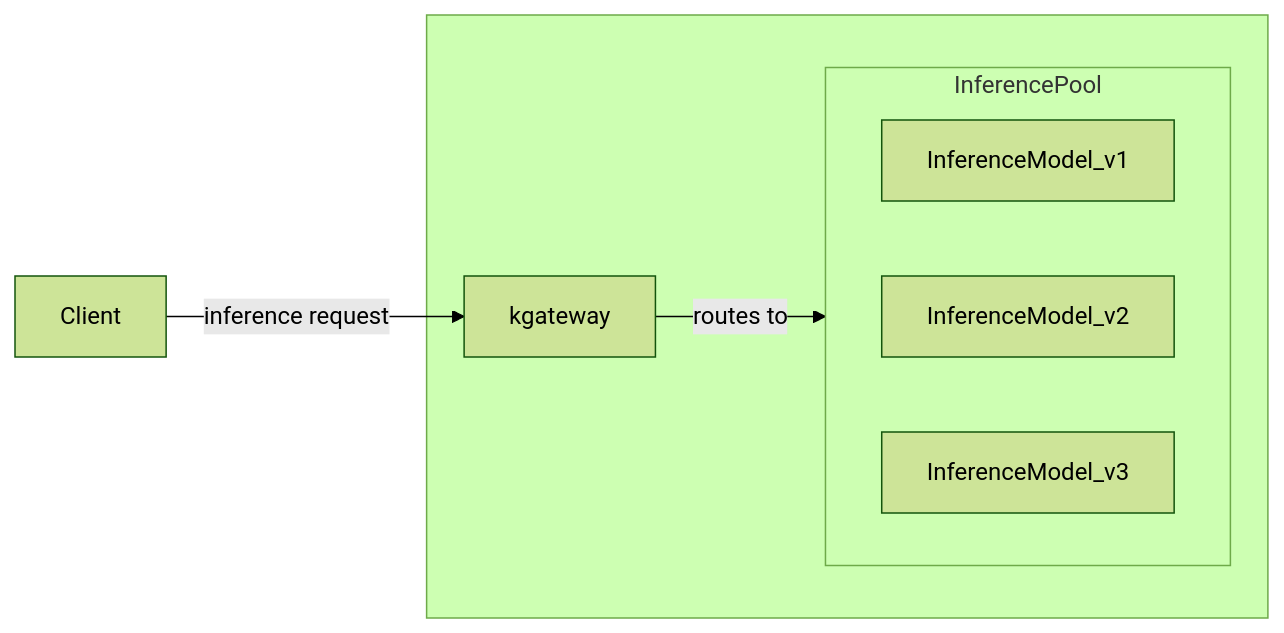
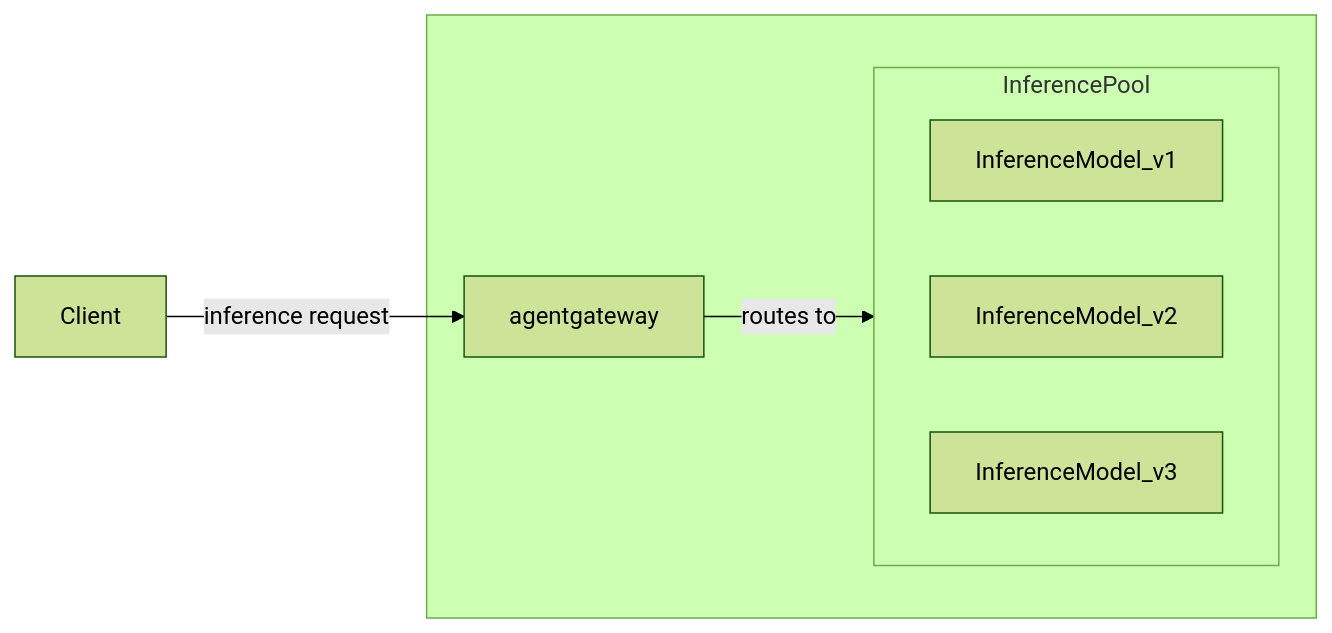
One commit to kgateway-dev/kgateway.dev changed the diagram in assets/docs/snippets/inference-diagram.md. Above: the diagram before and after it, drawn with Mermaid (forest theme). The commit also changed 27 other files, not shown here.

````diff
--- a/assets/docs/snippets/inference-diagram.md
+++ b/assets/docs/snippets/inference-diagram.md
@@ -1,14 +1,14 @@
 ```mermaid
 graph LR
-    Client -->|inference request| kgateway
-    kgateway -->|routes to| InferencePool
+    Client -->|inference request| agentgateway
+    agentgateway -->|routes to| InferencePool
     subgraph  
         subgraph InferencePool
             direction LR
             InferenceModel_v1
             InferenceModel_v2
             InferenceModel_v3
         end
-        kgateway
+        agentgateway
     end
 ```
````
